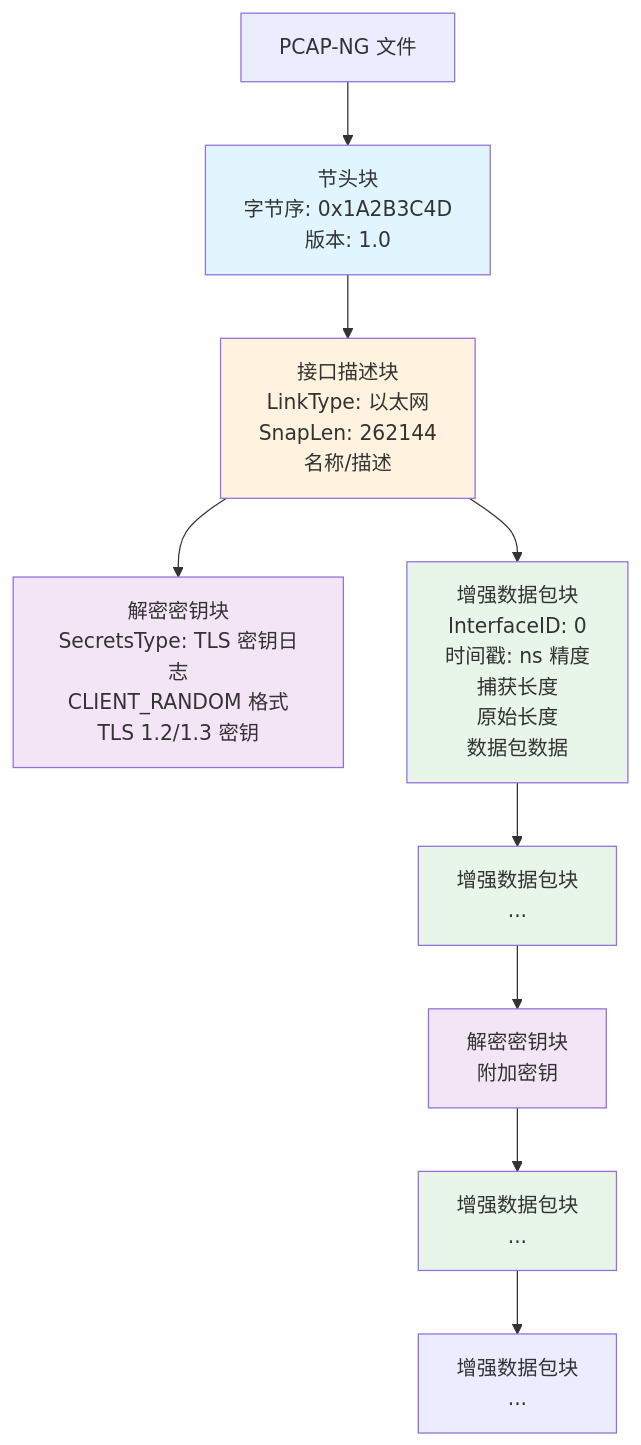
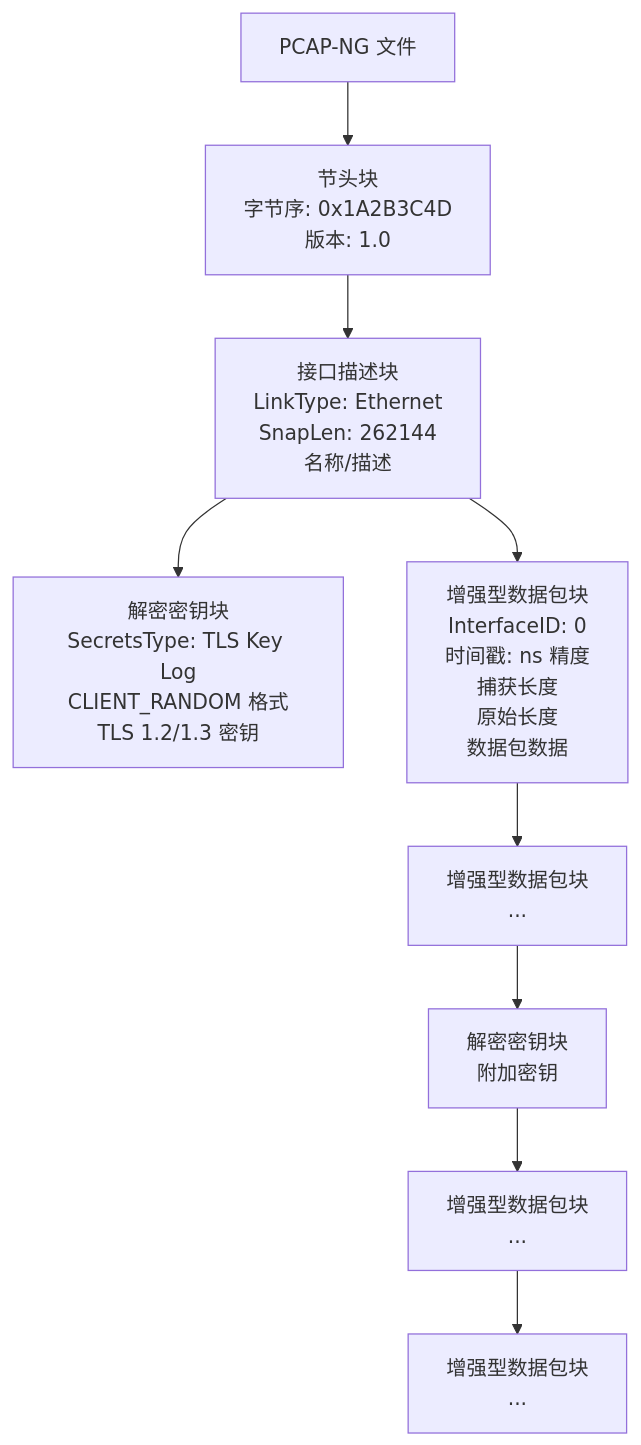
Before and after one commit to gojue/ecapture.cc: the third of 8 diagrams in src/zh/4-output-formats/4.2-pcap-integration.md, drawn with Mermaid. The commit also changed other lines of this file and 115 other files, not shown here.

````diff
--- a/src/zh/4-output-formats/4.2-pcap-integration.md
+++ b/src/zh/4-output-formats/4.2-pcap-integration.md
@@ -147,28 +160,20 @@
 ```mermaid
 graph TB
-    FILE[PCAP-NG 文件]
+    FILE["PCAP-NG 文件"]
     
-    FILE --> SHB[节头块<br/>字节序: 0x1A2B3C4D<br/>版本: 1.0]
+    FILE --> SHB["节头块<br/>字节序: 0x1A2B3C4D<br/>版本: 1.0"]
     
-    SHB --> IDB[接口描述块<br/>LinkType: 以太网<br/>SnapLen: 262144<br/>名称/描述]
+    SHB --> IDB["接口描述块<br/>LinkType: Ethernet<br/>SnapLen: 262144<br/>名称/描述"]
     
-    IDB --> DSB1[解密密钥块<br/>SecretsType: TLS 密钥日志<br/>CLIENT_RANDOM 格式<br/>TLS 1.2/1.3 密钥]
+    IDB --> DSB1["解密密钥块<br/>SecretsType: TLS Key Log<br/>CLIENT_RANDOM 格式<br/>TLS 1.2/1.3 密钥"]
     
-    IDB --> EPB1[增强数据包块<br/>InterfaceID: 0<br/>时间戳: ns 精度<br/>捕获长度<br/>原始长度<br/>数据包数据]
+    IDB --> EPB1["增强型数据包块<br/>InterfaceID: 0<br/>时间戳: ns 精度<br/>捕获长度<br/>原始长度<br/>数据包数据"]
     
-    EPB1 --> EPB2[增强数据包块<br/>...]
+    EPB1 --> EPB2["增强型数据包块<br/>..."]
     
-    EPB2 --> DSB2[解密密钥块<br/>附加密钥]
+    EPB2 --> DSB2["解密密钥块<br/>附加密钥"]
     
-    DSB2 --> EPB3[增强数据包块<br/>...]
+    DSB2 --> EPB3["增强型数据包块<br/>..."]
     
-    EPB3 --> EPBN[增强数据包块<br/>...]
-    
-    style SHB fill:#e1f5fe
-    style IDB fill:#fff3e0
-    style DSB1 fill:#f3e5f5
-    style DSB2 fill:#f3e5f5
-    style EPB1 fill:#e8f5e9
-    style EPB2 fill:#e8f5e9
-    style EPB3 fill:#e8f5e9
+    EPB3 --> EPBN["增强型数据包块<br/>..."]
 ```
````
